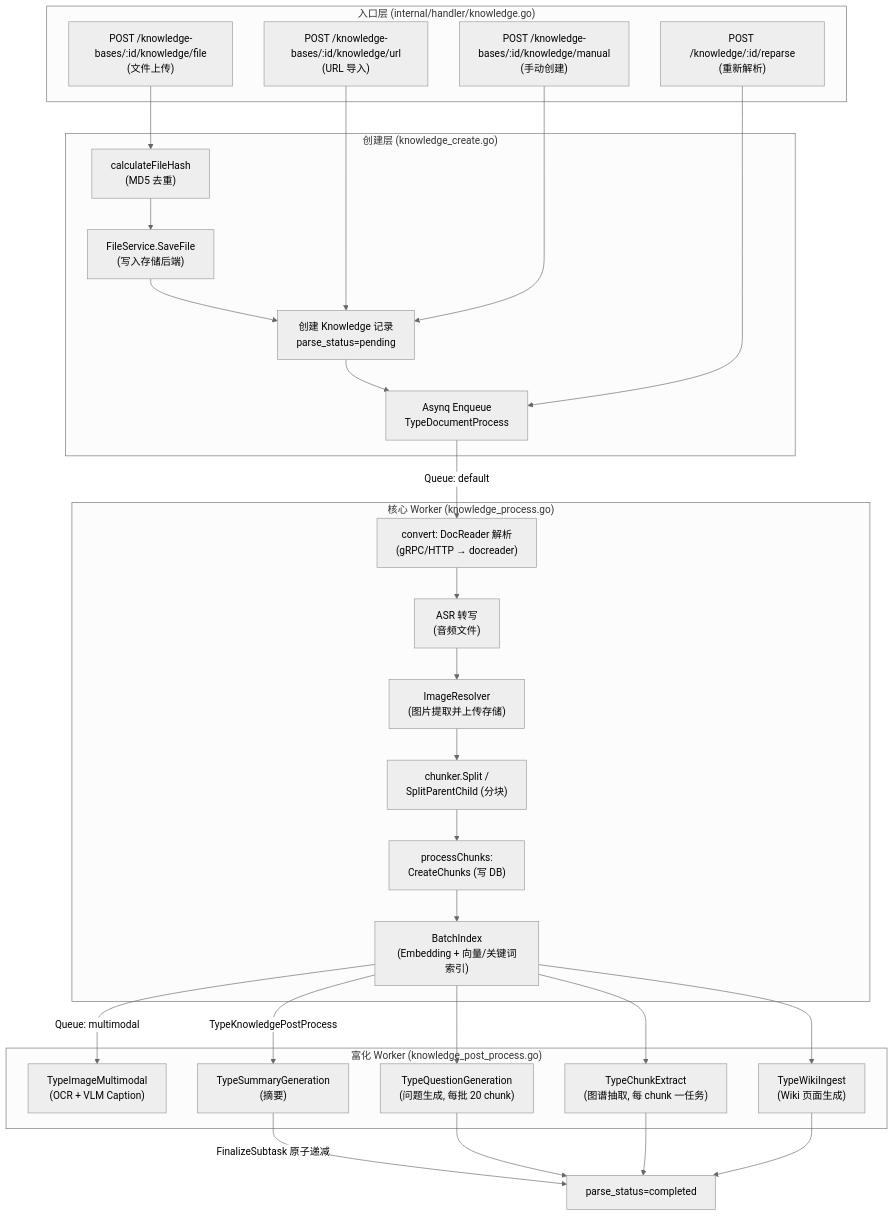
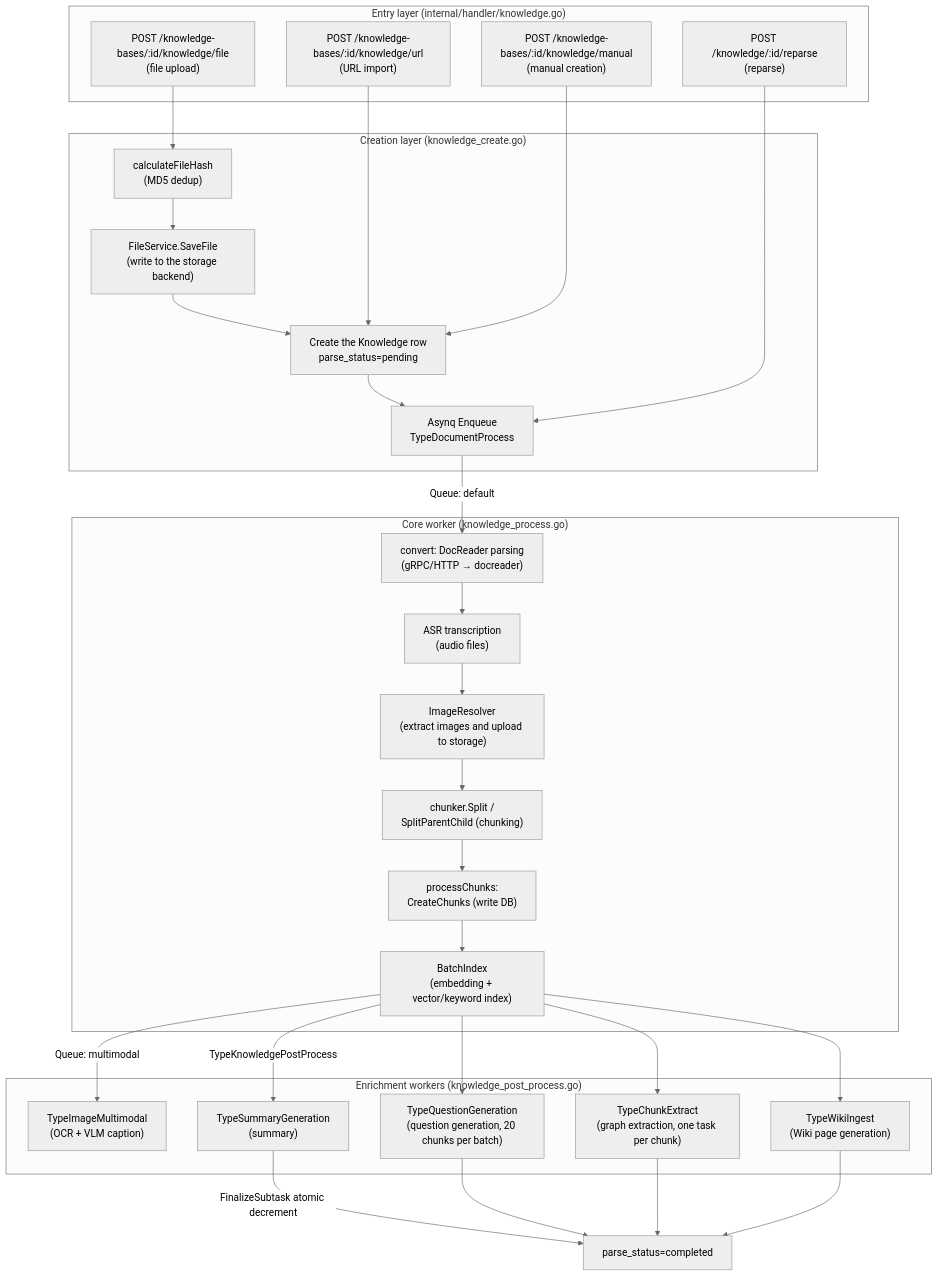
The first of 2 diagrams in website-docs/02-architecture/03-document-pipeline.md (jrmatherly/ai-kb), drawn with Mermaid (neutral theme) before and after one commit. The commit also changed other lines of this file and 7 other files, not shown here.

First line of the commit message:
docs(architecture): translate to English, rebrand to AI KB, verify against code

````diff
--- a/website-docs/02-architecture/03-document-pipeline.md
+++ b/website-docs/02-architecture/03-document-pipeline.md
@@ -9,49 +9,49 @@
 ```mermaid
 flowchart TD
-    subgraph Entry["入口层 (internal/handler/knowledge.go)"]
-        A1["POST /knowledge-bases/:id/knowledge/file<br/>(文件上传)"]
-        A2["POST /knowledge-bases/:id/knowledge/url<br/>(URL 导入)"]
-        A3["POST /knowledge-bases/:id/knowledge/manual<br/>(手动创建)"]
-        A4["POST /knowledge/:id/reparse<br/>(重新解析)"]
+    subgraph Entry["Entry layer (internal/handler/knowledge.go)"]
+        A1["POST /knowledge-bases/:id/knowledge/file<br/>(file upload)"]
+        A2["POST /knowledge-bases/:id/knowledge/url<br/>(URL import)"]
+        A3["POST /knowledge-bases/:id/knowledge/manual<br/>(manual creation)"]
+        A4["POST /knowledge/:id/reparse<br/>(reparse)"]
     end
 
-    subgraph Create["创建层 (knowledge_create.go)"]
-        B1["calculateFileHash<br/>(MD5 去重)"]
-        B2["FileService.SaveFile<br/>(写入存储后端)"]
-        B3["创建 Knowledge 记录<br/>parse_status=pending"]
+    subgraph Create["Creation layer (knowledge_create.go)"]
+        B1["calculateFileHash<br/>(MD5 dedup)"]
+        B2["FileService.SaveFile<br/>(write to the storage backend)"]
+        B3["Create the Knowledge row<br/>parse_status=pending"]
         B4["Asynq Enqueue<br/>TypeDocumentProcess"]
     end
 
-    subgraph Worker["核心 Worker (knowledge_process.go)"]
-        C1["convert: DocReader 解析<br/>(gRPC/HTTP → docreader)"]
-        C1a["ASR 转写<br/>(音频文件)"]
-        C2["ImageResolver<br/>(图片提取并上传存储)"]
-        C3["chunker.Split /<br/>SplitParentChild (分块)"]
-        C4["processChunks:<br/>CreateChunks (写 DB)"]
-        C5["BatchIndex<br/>(Embedding + 向量/关键词索引)"]
+    subgraph Worker["Core worker (knowledge_process.go)"]
+        C1["convert: DocReader parsing<br/>(gRPC/HTTP → docreader)"]
+        C1a["ASR transcription<br/>(audio files)"]
+        C2["ImageResolver<br/>(extract images and upload to storage)"]
+        C3["chunker.Split /<br/>SplitParentChild (chunking)"]
+        C4["processChunks:<br/>CreateChunks (write DB)"]
+        C5["BatchIndex<br/>(embedding + vector/keyword index)"]
     end
 
-    subgraph Enrich["富化 Worker (knowledge_post_process.go)"]
-        D1["TypeImageMultimodal<br/>(OCR + VLM Caption)"]
-        D2["TypeSummaryGeneration<br/>(摘要)"]
-        D3["TypeQuestionGeneration<br/>(问题生成, 每批 20 chunk)"]
-        D4["TypeChunkExtract<br/>(图谱抽取, 每 chunk 一任务)"]
-        D5["TypeWikiIngest<br/>(Wiki 页面生成)"]
+    subgraph Enrich["Enrichment workers (knowledge_post_process.go)"]
+        D1["TypeImageMultimodal<br/>(OCR + VLM caption)"]
+        D2["TypeSummaryGeneration<br/>(summary)"]
+        D3["TypeQuestionGeneration<br/>(question generation, 20 chunks per batch)"]
+        D4["TypeChunkExtract<br/>(graph extraction, one task per chunk)"]
+        D5["TypeWikiIngest<br/>(Wiki page generation)"]
     end
 
     A1 --> B1 --> B2 --> B3 --> B4
     A2 --> B3
     A3 --> B3
     A4 --> B4
     B4 -->|"Queue: default"| C1
     C1 --> C1a --> C2 --> C3 --> C4 --> C5
     C5 -->|"Queue: multimodal"| D1
     C5 -->|"TypeKnowledgePostProcess"| D2
     C5 --> D3
     C5 --> D4
     C5 --> D5
-    D2 -->|"FinalizeSubtask 原子递减"| E["parse_status=completed"]
+    D2 -->|"FinalizeSubtask atomic decrement"| E["parse_status=completed"]
     D3 --> E
     D4 --> E
     D5 --> E
 ```
````
